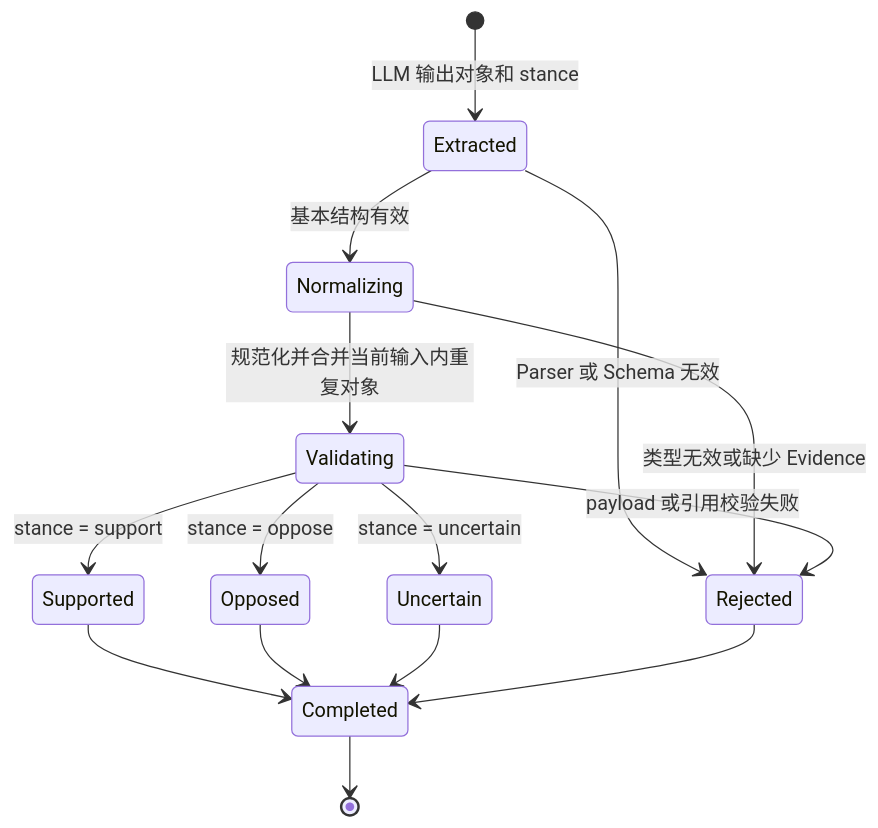
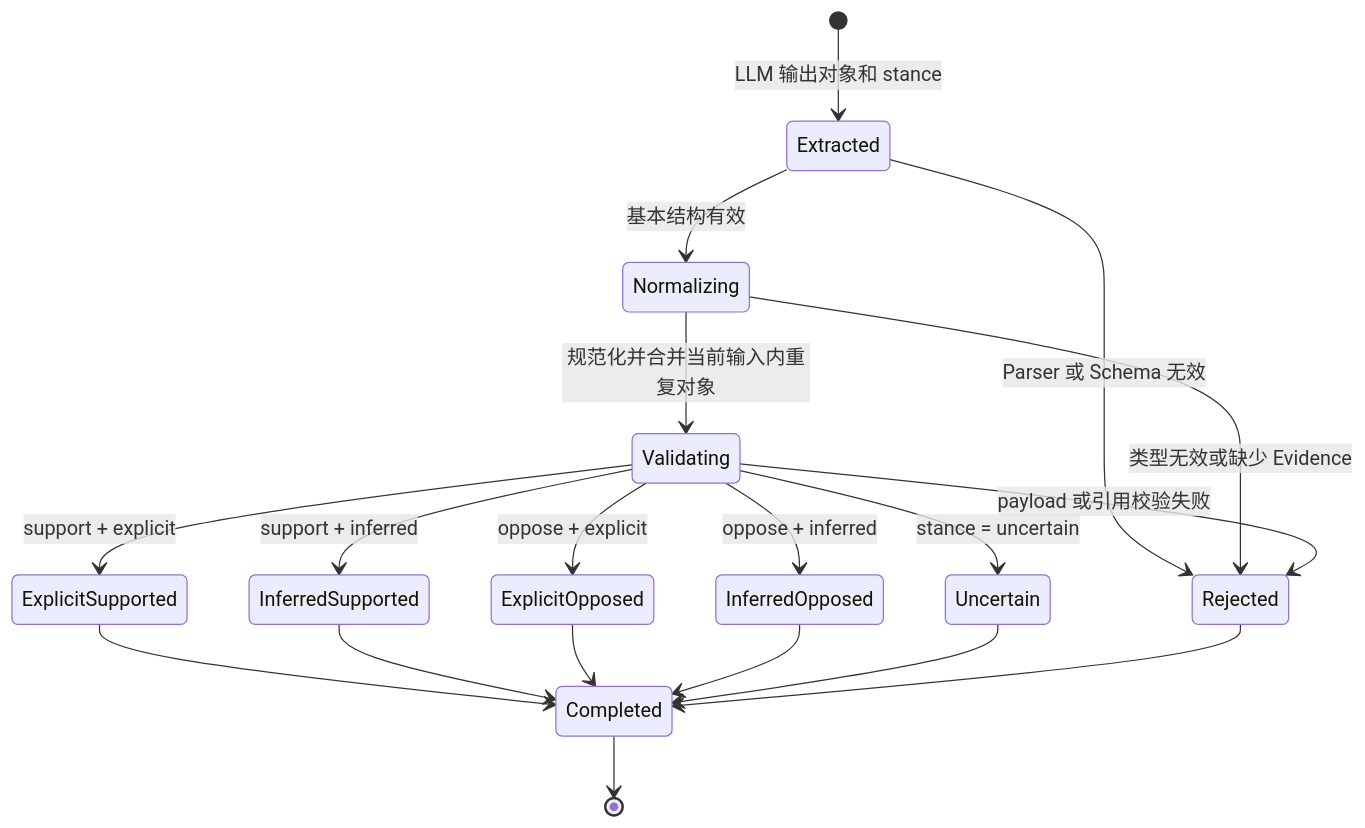
Before and after one commit to gorenx/goren: the second of 3 diagrams in zh-CN/02-workflow-and-decisions.md, drawn with Mermaid. The commit also changed other lines of this file and 8 other files, not shown here.

````diff
--- a/zh-CN/02-workflow-and-decisions.md
+++ b/zh-CN/02-workflow-and-decisions.md
@@ -147,21 +163,25 @@
 ```mermaid
 stateDiagram-v2
     [*] --> Extracted: LLM 输出对象和 stance
 
     Extracted --> Rejected: Parser 或 Schema 无效
     Extracted --> Normalizing: 基本结构有效
 
     Normalizing --> Rejected: 类型无效或缺少 Evidence
     Normalizing --> Validating: 规范化并合并当前输入内重复对象
 
-    Validating --> Supported: stance = support
-    Validating --> Opposed: stance = oppose
+    Validating --> ExplicitSupported: support + explicit
+    Validating --> InferredSupported: support + inferred
+    Validating --> ExplicitOpposed: oppose + explicit
+    Validating --> InferredOpposed: oppose + inferred
     Validating --> Uncertain: stance = uncertain
     Validating --> Rejected: payload 或引用校验失败
 
-    Supported --> Completed
-    Opposed --> Completed
+    ExplicitSupported --> Completed
+    InferredSupported --> Completed
+    ExplicitOpposed --> Completed
+    InferredOpposed --> Completed
     Uncertain --> Completed
     Rejected --> Completed
     Completed --> [*]
 ```
````
